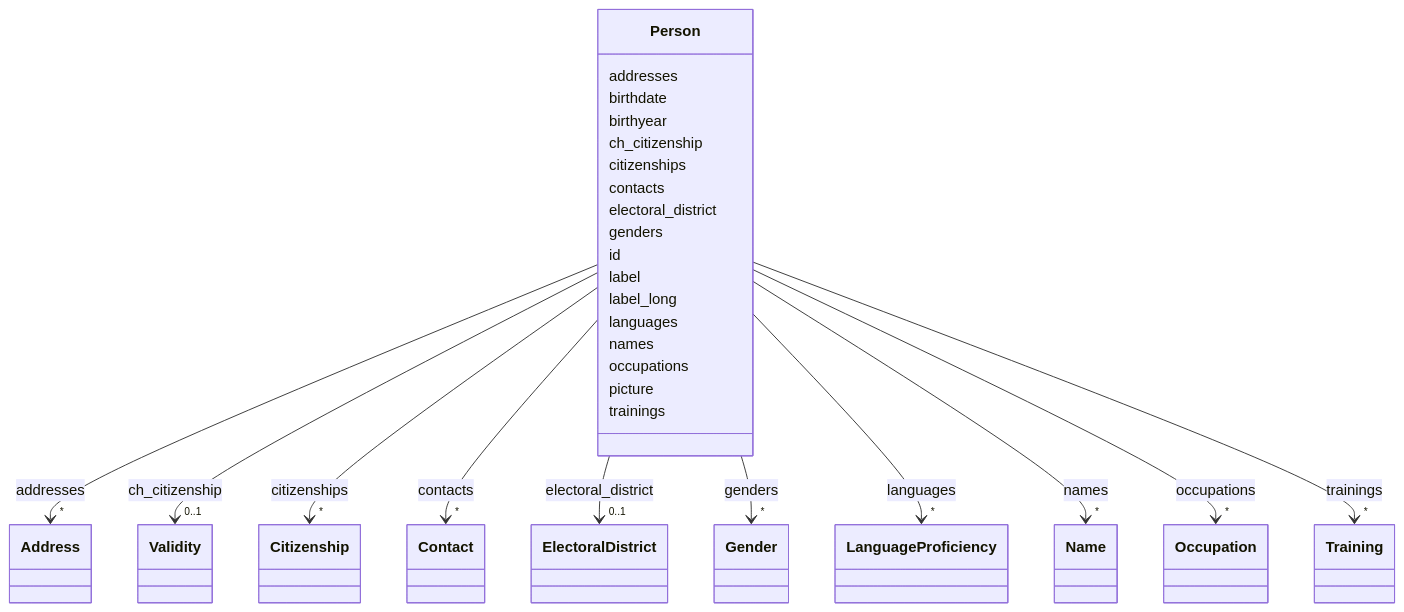
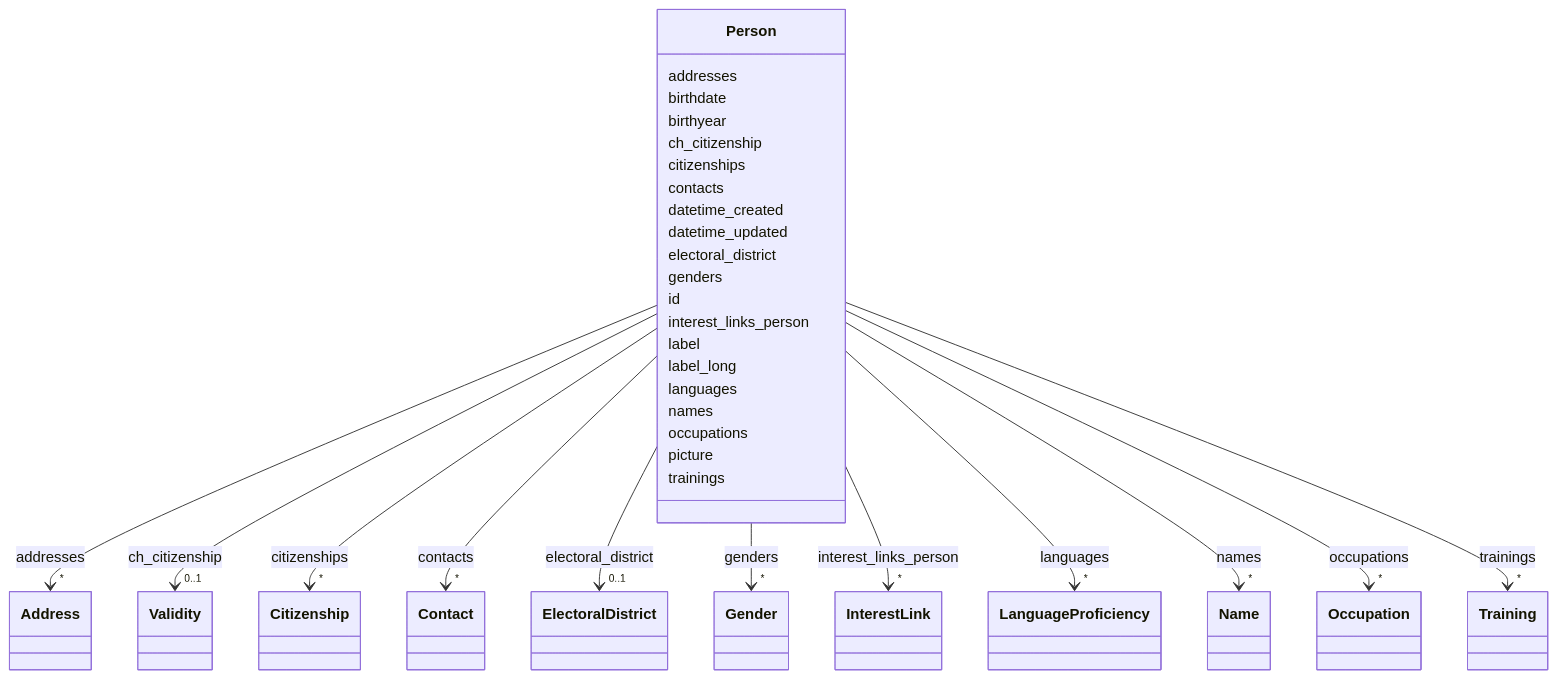
The diagram in ech-0294_actors/output/docs/Person.md (swiss/political-affairs-ech-group), drawn with Mermaid before and after one commit. The commit also changed other lines of this file and 84 other files, not shown here.

```diff
--- a/ech-0294_actors/output/docs/Person.md
+++ b/ech-0294_actors/output/docs/Person.md
@@ -67,6 +71,10 @@
     
 
         
+      Person : datetime_created
+        
+      Person : datetime_updated
+        
       Person : electoral_district
         
           
@@ -90,6 +98,17 @@
 
         
       Person : id
+        
+      Person : interest_links_person
+        
+          
+    
+        
+        
+        Person --> "*" InterestLink : interest_links_person
+        click InterestLink href "../InterestLink/"
+    
+
         
       Person : label
         
```
